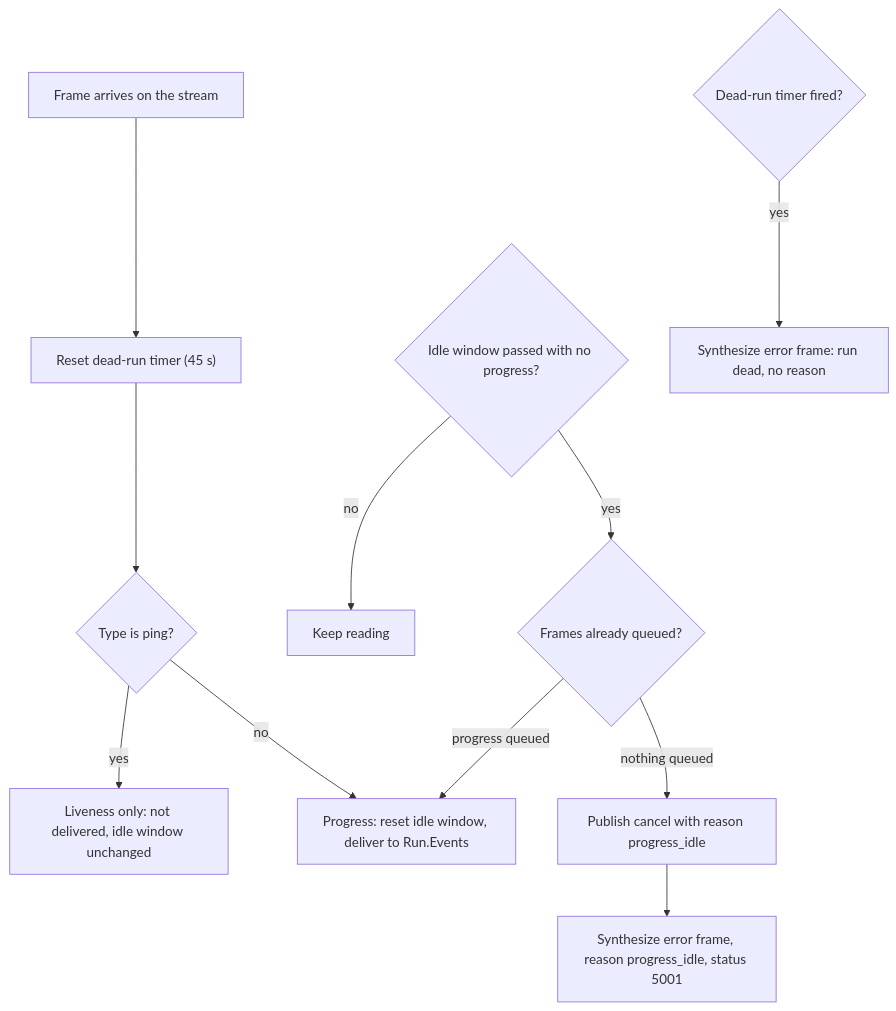
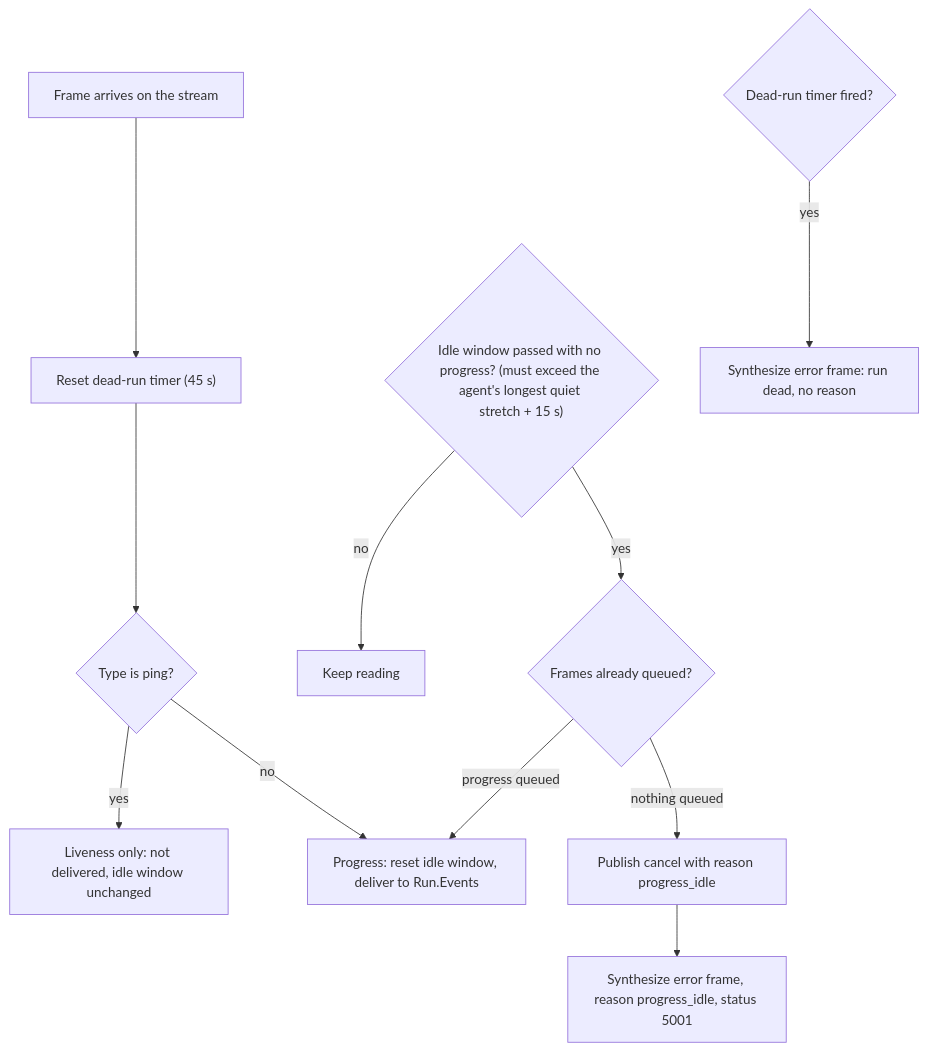
The third of 6 diagrams in docs/long-turn-timing.md (transactrx/nats-agent), drawn with Mermaid before and after one commit. The commit also changed other lines of this file, not shown here.

````diff
--- a/docs/long-turn-timing.md
+++ b/docs/long-turn-timing.md
@@ -139,13 +139,13 @@
 ```mermaid
 flowchart TD
     F["Frame arrives on the stream"] --> D["Reset dead-run timer (45 s)"]
     D --> P{"Type is ping?"}
     P -- "yes" --> L["Liveness only: not delivered, idle window unchanged"]
     P -- "no" --> G["Progress: reset idle window, deliver to Run.Events"]
-    W{"Idle window passed with no progress?"} -- "no" --> K["Keep reading"]
+    W{"Idle window passed with no progress? (must exceed the agent's longest quiet stretch + 15 s)"} -- "no" --> K["Keep reading"]
     W -- "yes" --> Q{"Frames already queued?"}
     Q -- "progress queued" --> G
     Q -- "nothing queued" --> X["Publish cancel with reason progress_idle"]
     X --> Y["Synthesize error frame, reason progress_idle, status 5001"]
     T{"Dead-run timer fired?"} -- "yes" --> Z["Synthesize error frame: run dead, no reason"]
 ```
````
